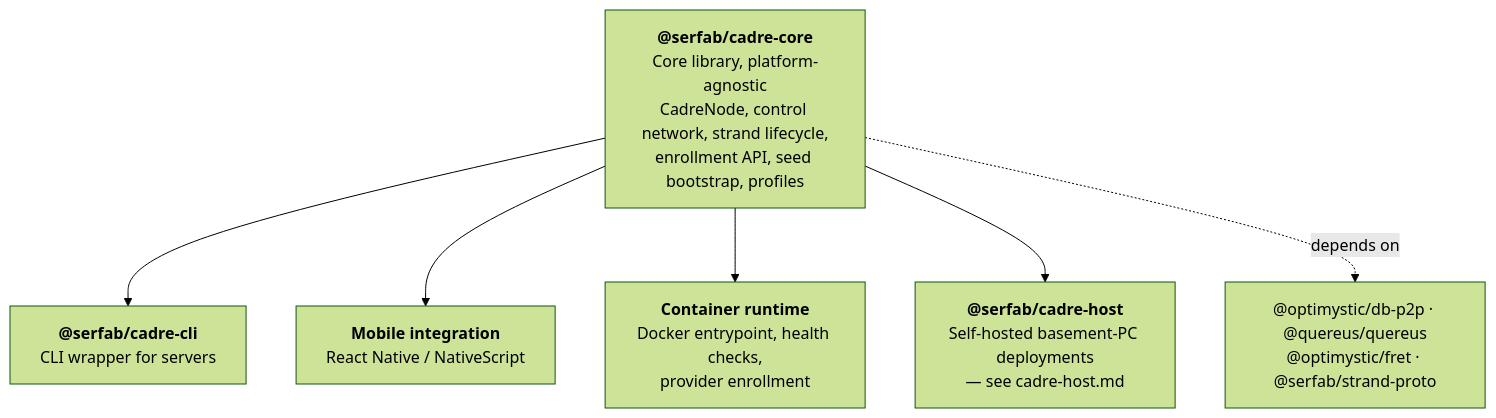
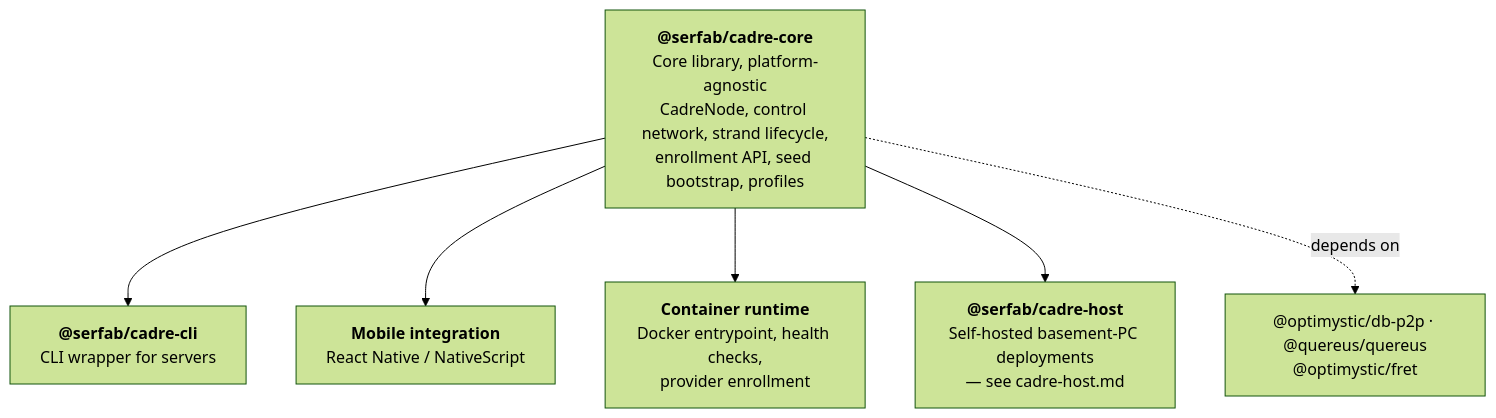
Diagram 12 of 12 in docs/architecture.md (gotchoices/sereus), drawn with Mermaid (forest theme) before and after one commit. The commit also changed other lines of this file and 12 other files, not shown here.

````diff
--- a/docs/architecture.md
+++ b/docs/architecture.md
@@ -602,13 +604,13 @@
 ```mermaid
 graph TD
     CC["<b>@serfab/cadre-core</b><br/>Core library, platform-agnostic<br/>CadreNode, control network, strand lifecycle,<br/>enrollment API, seed bootstrap, profiles"]
     CLI["<b>@serfab/cadre-cli</b><br/>CLI wrapper for servers"]
     MOB["<b>Mobile integration</b><br/>React Native / NativeScript"]
     CTR["<b>Container runtime</b><br/>Docker entrypoint, health checks,<br/>provider enrollment"]
     HOST["<b>@serfab/cadre-host</b><br/>Self-hosted basement-PC deployments<br/>— see cadre-host.md"]
     CC --> CLI
     CC --> MOB
     CC --> CTR
     CC --> HOST
-    CC -.->|depends on| DEP["@optimystic/db-p2p · @quereus/quereus<br/>@optimystic/fret · @serfab/strand-proto"]
+    CC -.->|depends on| DEP["@optimystic/db-p2p · @quereus/quereus<br/>@optimystic/fret"]
 ```
````
